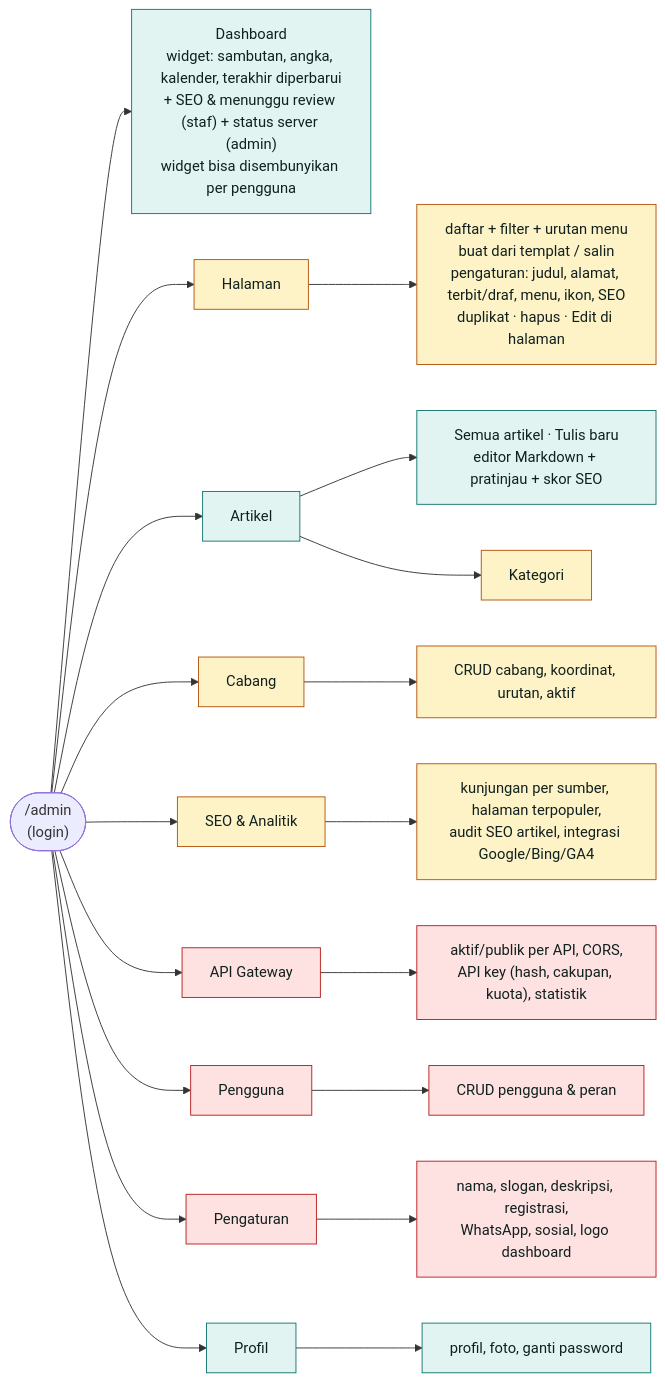
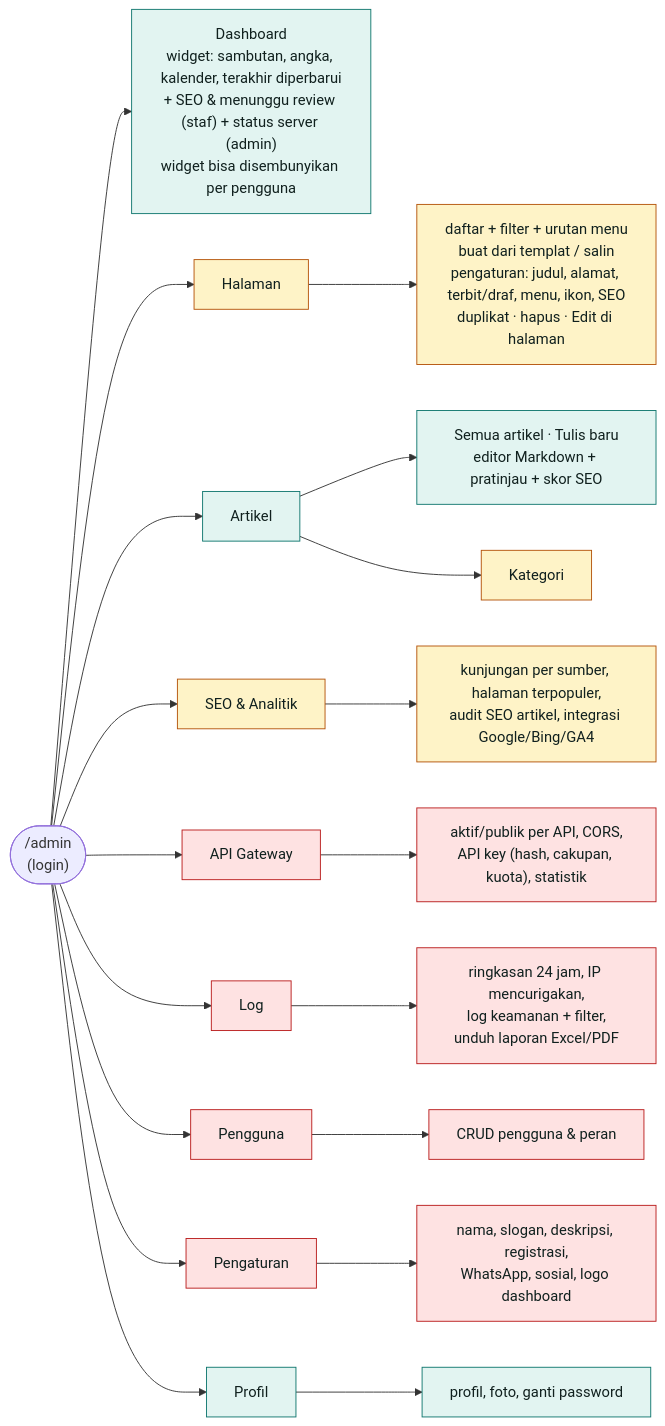
Before and after one commit to alvarezyrh/DCMS: the seventh of 15 diagrams in README.md, drawn with Mermaid. The commit also changed other lines of this file and 25 other files, not shown here.

First line of the commit message:
Hapus fitur cabang, tambah menu Log keamanan & unduh laporan Excel/PDF

````diff
--- a/README.md
+++ b/README.md
@@ -387,30 +395,30 @@
 ```mermaid
 flowchart LR
     U(["/admin<br/>(login)"]) --> D["Dashboard<br/>widget: sambutan, angka, kalender, terakhir diperbarui<br/>+ SEO & menunggu review (staf) + status server (admin)<br/>widget bisa disembunyikan per pengguna"]
 
     U --> HAL["Halaman"]
     U --> ART["Artikel"]
-    U --> CAB["Cabang"]
     U --> SEOM["SEO & Analitik"]
     U --> APIM["API Gateway"]
+    U --> LOG["Log"]
     U --> USR["Pengguna"]
     U --> SET["Pengaturan"]
     U --> PRO["Profil"]
 
     HAL --> HAL1["daftar + filter + urutan menu<br/>buat dari templat / salin<br/>pengaturan: judul, alamat, terbit/draf, menu, ikon, SEO<br/>duplikat · hapus · Edit di halaman"]
     ART --> ART1["Semua artikel · Tulis baru<br/>editor Markdown + pratinjau + skor SEO"]
     ART --> ART2["Kategori"]
-    CAB --> CAB1["CRUD cabang, koordinat, urutan, aktif"]
     SEOM --> SEO1["kunjungan per sumber, halaman terpopuler,<br/>audit SEO artikel, integrasi Google/Bing/GA4"]
     APIM --> API1["aktif/publik per API, CORS,<br/>API key (hash, cakupan, kuota), statistik"]
+    LOG --> LOG1["ringkasan 24 jam, IP mencurigakan,<br/>log keamanan + filter,<br/>unduh laporan Excel/PDF"]
     USR --> USR1["CRUD pengguna & peran"]
     SET --> SET1["nama, slogan, deskripsi, registrasi,<br/>WhatsApp, sosial, logo dashboard"]
     PRO --> PRO1["profil, foto, ganti password"]
 
     classDef semua fill:#e2f4f1,stroke:#0f766e,color:#10201e
     classDef staf fill:#fef3c7,stroke:#b45309,color:#10201e
     classDef admin fill:#fee2e2,stroke:#b91c1c,color:#10201e
     class D,ART,ART1,PRO,PRO1 semua
-    class HAL,HAL1,ART2,CAB,CAB1,SEOM,SEO1 staf
-    class APIM,API1,USR,USR1,SET,SET1 admin
+    class HAL,HAL1,ART2,SEOM,SEO1 staf
+    class APIM,API1,LOG,LOG1,USR,USR1,SET,SET1 admin
 ```
````
